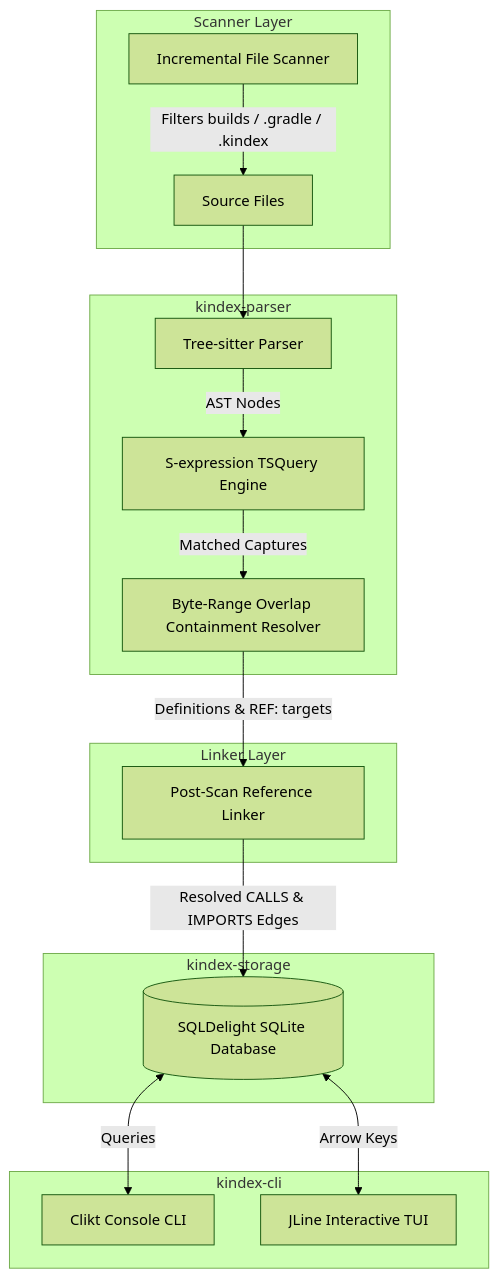
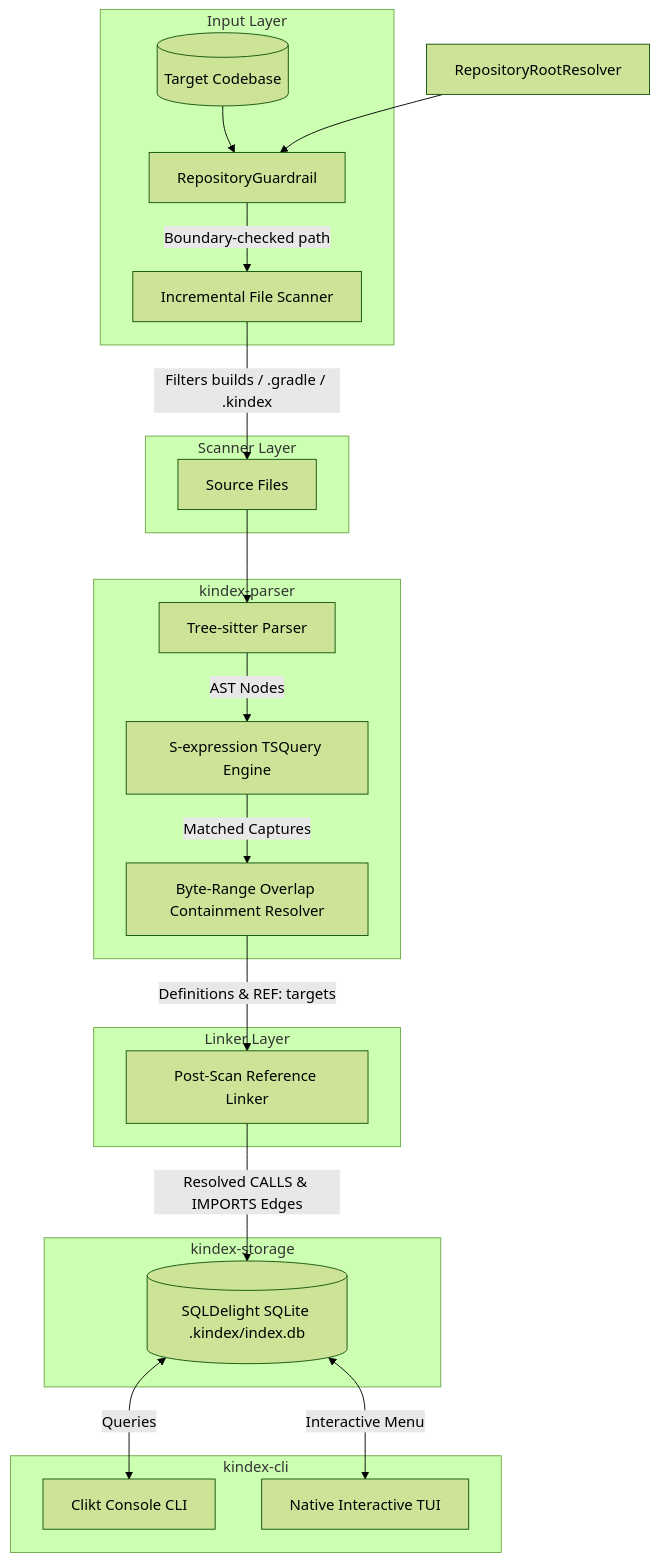
One commit to AjithGoveas/kindex changed the diagram in docs/PROJECT.md. Above: the diagram before and after it, drawn with Mermaid (forest theme). The commit also changed other lines of this file and 9 other files, not shown here.

Commit message:
feat(tui): implement full-screen alt-buffer arrow-key TUI with conio cinterop raw keyboard input, VT100 mode, and split-pane layout

````diff
--- a/docs/PROJECT.md
+++ b/docs/PROJECT.md
@@ -59,26 +65,32 @@
 ```mermaid
 flowchart TD
+    subgraph Input Layer
+        Repo[(Target Codebase)] --> Guard[RepositoryGuardrail]
+        Guard --> |Boundary-checked path| Scanner
+    end
+
     subgraph Scanner Layer
         Scanner[Incremental File Scanner] -->|Filters builds / .gradle / .kindex| FilteredFiles[Source Files]
     end
 
     subgraph Parser Core [kindex-parser]
         Parser[Tree-sitter Parser] -->|AST Nodes| SExpression[S-expression TSQuery Engine]
         SExpression -->|Matched Captures| OverlapResolver[Byte-Range Overlap Containment Resolver]
     end
 
     subgraph Linker Layer
         OverlapResolver -->|Definitions & REF: targets| Linker[Post-Scan Reference Linker]
     end
 
     subgraph Storage Layer [kindex-storage]
-        Linker -->|Resolved CALLS & IMPORTS Edges| DB[(SQLDelight SQLite Database)]
+        Linker -->|Resolved CALLS & IMPORTS Edges| DB[(SQLDelight SQLite .kindex/index.db)]
     end
 
     subgraph UI Layer [kindex-cli]
         DB <-->|Queries| CLI[Clikt Console CLI]
-        DB <-->|Arrow Keys| TUI[JLine Interactive TUI]
+        DB <-->|Interactive Menu| TUI[Native Interactive TUI]
     end
 
     FilteredFiles --> Parser
+    RootResolver[RepositoryRootResolver] --> Guard
 ```
````
